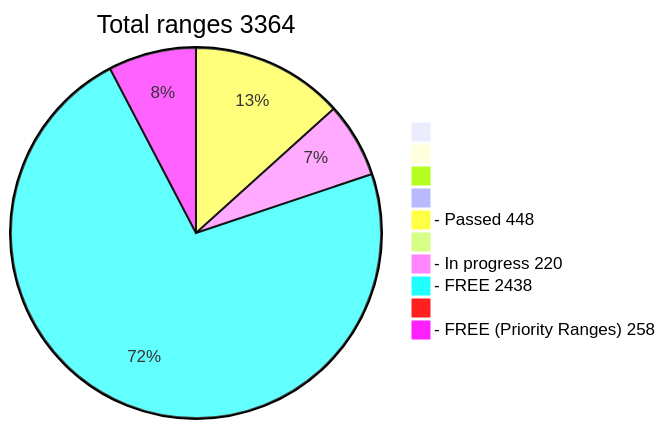
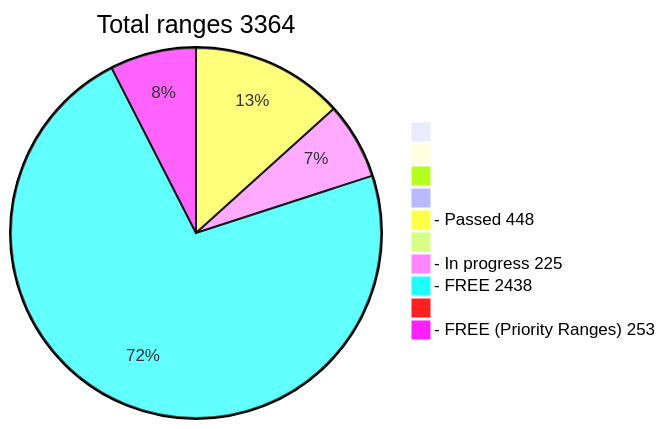
Before and after one commit to phrutis/wif500: the diagram in README.md, drawn with Mermaid.

````diff
--- a/README.md
+++ b/README.md
@@ -16,13 +16,13 @@
 ```mermaid
 pie title Total ranges 3364
              " " : 0
             "  " : 0
            "   " : 0
           "    " : 0
   "- Passed 448" : 448
          "     " : 0
-  "- In progress 220" : 220
+  "- In progress 225" : 225
    "- FREE 2438" : 2438
         "      " : 0
-  "- FREE (Priority Ranges) 258" : 258
+  "- FREE (Priority Ranges) 253" : 253
 ```
````
